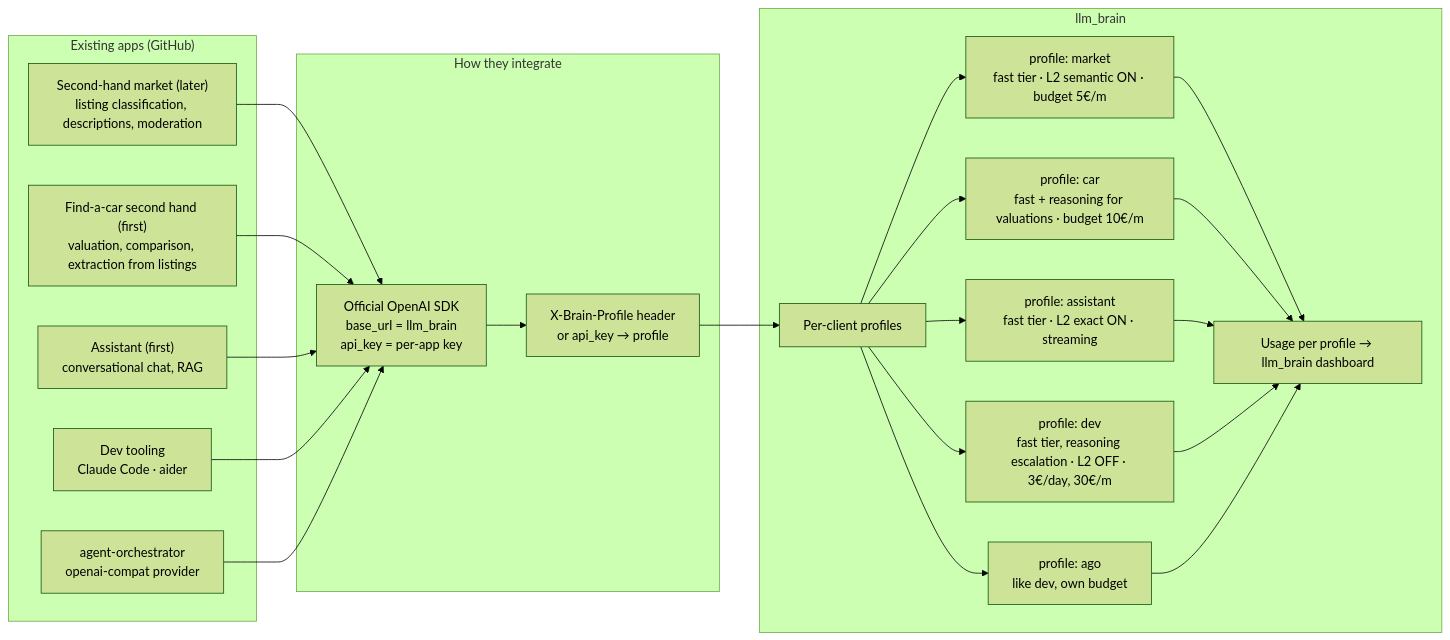
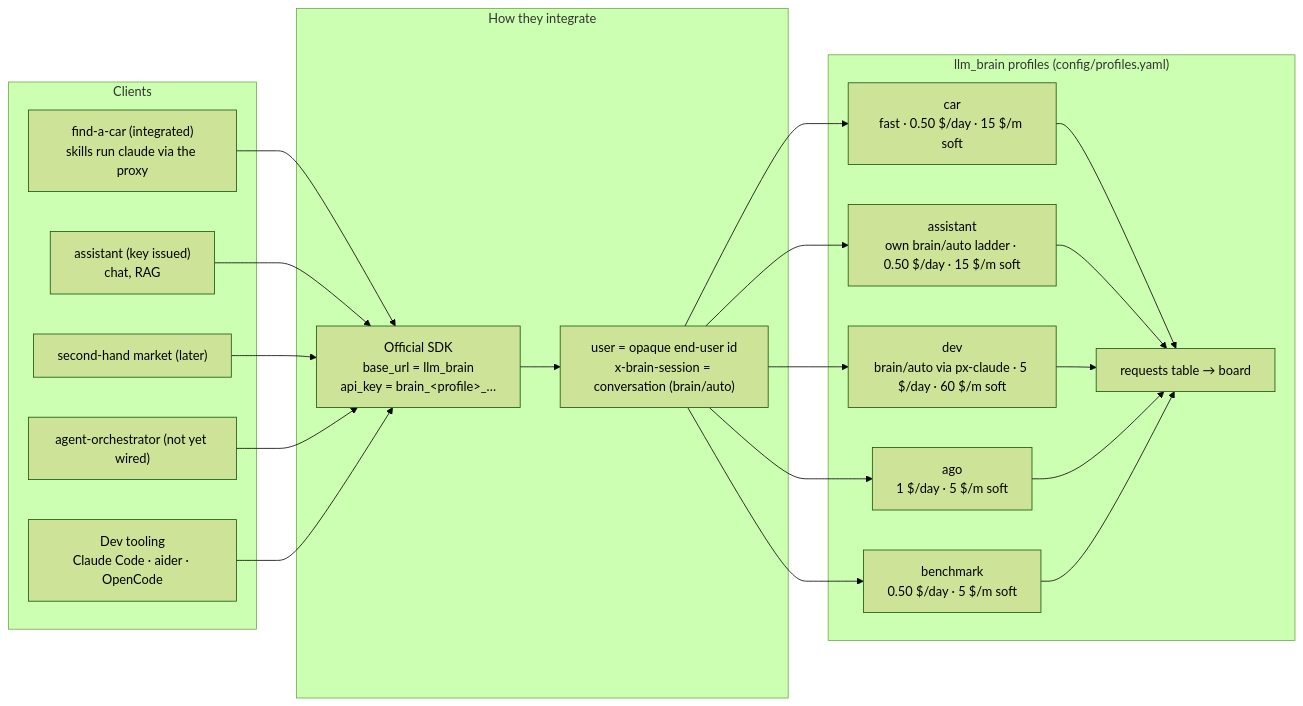
One commit to pjcau/llm_brain changed the diagram in docs/architecture/apps.md. Above: the diagram before and after it, drawn with Mermaid (forest theme). The commit also changed other lines of this file and 42 other files, not shown here.

````diff
--- a/docs/architecture/apps.md
+++ b/docs/architecture/apps.md
@@ -19,34 +21,28 @@
 ```mermaid
 flowchart LR
-    subgraph APPS["Existing apps (GitHub)"]
-        SHM["Second-hand market (later)<br/>listing classification, descriptions, moderation"]
-        FAC["Find-a-car second hand (first)<br/>valuation, comparison, extraction from listings"]
-        AST["Assistant (first)<br/>conversational chat, RAG"]
-        AGO["agent-orchestrator<br/>openai-compat provider"]
-        DEV["Dev tooling<br/>Claude Code · aider"]
+    subgraph APPS["Clients"]
+        FAC["find-a-car (integrated)<br/>skills run claude via the proxy"]
+        AST["assistant (key issued)<br/>chat, RAG"]
+        SHM["second-hand market (later)"]
+        AGO["agent-orchestrator (not yet wired)"]
+        DEV["Dev tooling<br/>Claude Code · aider · OpenCode"]
     end
 
     subgraph SDK["How they integrate"]
-        S1["Official OpenAI SDK<br/>base_url = llm_brain<br/>api_key = per-app key"]
-        S2["X-Brain-Profile header<br/>or api_key → profile"]
+        S1["Official SDK<br/>base_url = llm_brain<br/>api_key = brain_&lt;profile&gt;_…"]
+        S2["user = opaque end-user id<br/>x-brain-session = conversation (brain/auto)"]
     end
 
-    subgraph BRAIN["llm_brain"]
-        PRF["Per-client profiles"]
-        P1["profile: market<br/>fast tier · L2 semantic ON · budget 5€/m"]
-        P2["profile: car<br/>fast + reasoning for valuations · budget 10€/m"]
-        P3["profile: assistant<br/>fast tier · L2 exact ON · streaming"]
-        P4["profile: dev<br/>fast tier, reasoning escalation · L2 OFF · 3€/day, 30€/m"]
-        P5["profile: ago<br/>like dev, own budget"]
-        USG["Usage per profile → llm_brain dashboard"]
+    subgraph BRAIN["llm_brain profiles (config/profiles.yaml)"]
+        P1["car<br/>fast · 0.50 $/day · 15 $/m soft"]
+        P2["assistant<br/>own brain/auto ladder · 0.50 $/day · 15 $/m soft"]
+        P3["dev<br/>brain/auto via px-claude · 5 $/day · 60 $/m soft"]
+        P4["ago<br/>1 $/day · 5 $/m soft"]
+        P5["benchmark<br/>0.50 $/day · 5 $/m soft"]
+        USG["requests table → board"]
     end
 
-    SHM --> S1
-    FAC --> S1
-    AST --> S1
-    DEV --> S1
-    AGO --> S1
-    S1 --> S2 --> PRF
-    PRF --> P1 & P2 & P3 & P4 & P5
+    FAC & AST & SHM & AGO & DEV --> S1 --> S2
+    S2 --> P1 & P2 & P3 & P4 & P5
     P1 & P2 & P3 & P4 & P5 --> USG
 ```
````
